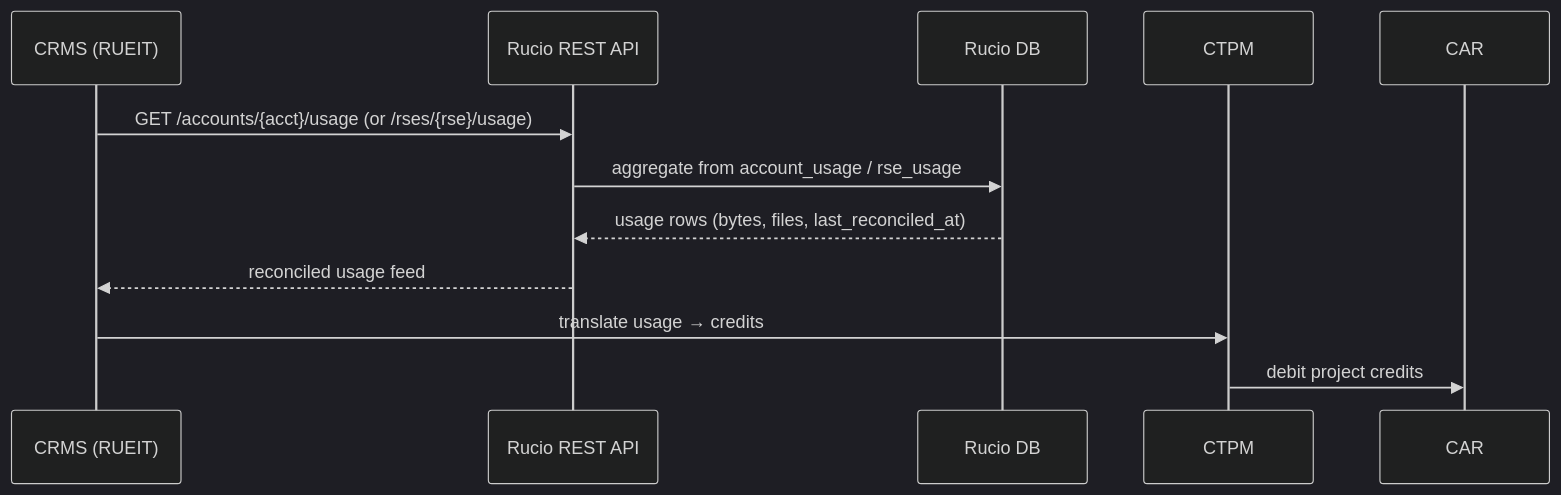
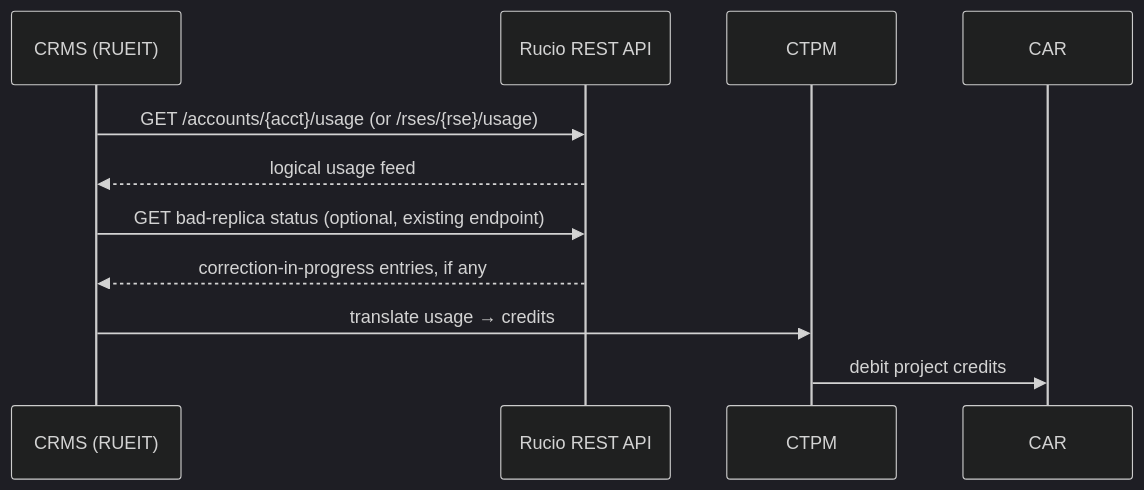
One commit to RI-SCALE/dep-dlm-testbed changed the second of 2 diagrams in docs/concepts/cms-storage-accounting.md. Above: the diagram before and after it, drawn with Mermaid (dark theme). The commit also changed other lines of this file and 2 other files, not shown here.

First line of the commit message:
docs: revise ADR-005 for CRMS storage accounting via Rucio

````diff
--- a/docs/concepts/cms-storage-accounting.md
+++ b/docs/concepts/cms-storage-accounting.md
@@ -94,15 +101,14 @@
 ```mermaid
 sequenceDiagram
 participant CMS as CRMS (RUEIT)
 participant API as Rucio REST API
-participant DB as Rucio DB
 participant CTPM as CTPM
 participant CAR as CAR
 
-CMS->>API: GET /accounts/{acct}/usage  (or /rses/{rse}/usage)
-API->>DB: aggregate from account_usage / rse_usage
-DB-->>API: usage rows (bytes, files, last_reconciled_at)
-API-->>CMS: reconciled usage feed
+CMS->>API: GET /accounts/{acct}/usage (or /rses/{rse}/usage)
+API-->>CMS: logical usage feed
+CMS->>API: GET bad-replica status (optional, existing endpoint)
+API-->>CMS: correction-in-progress entries, if any
 CMS->>CTPM: translate usage → credits
 CTPM->>CAR: debit project credits
 ```
````
